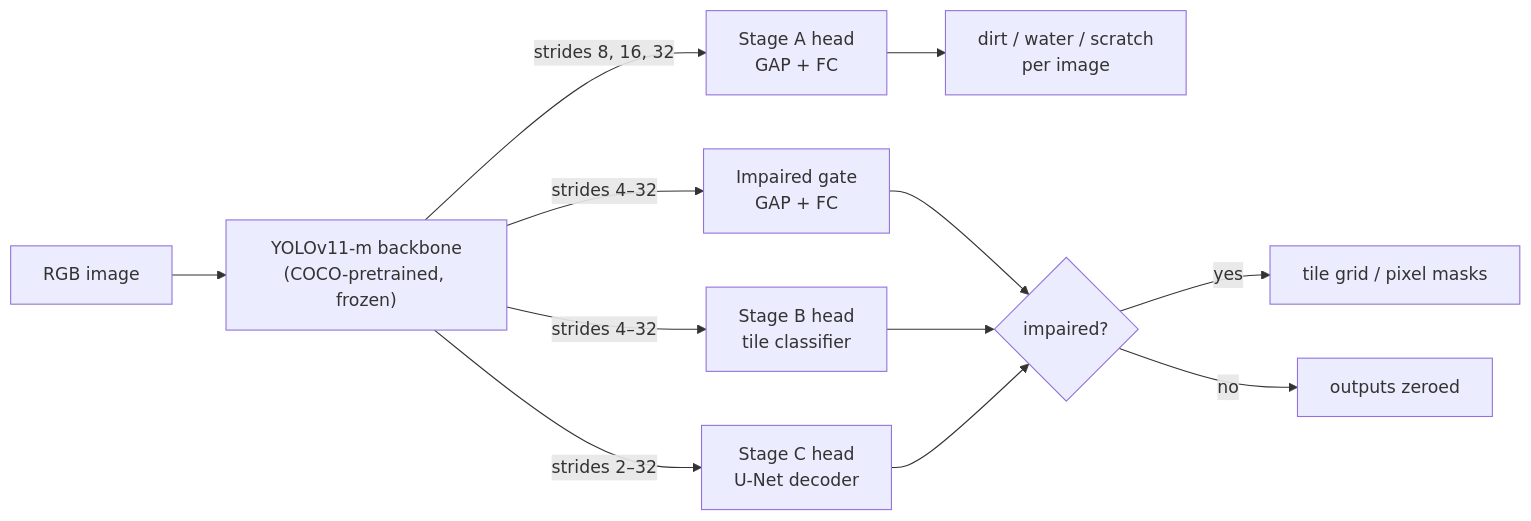
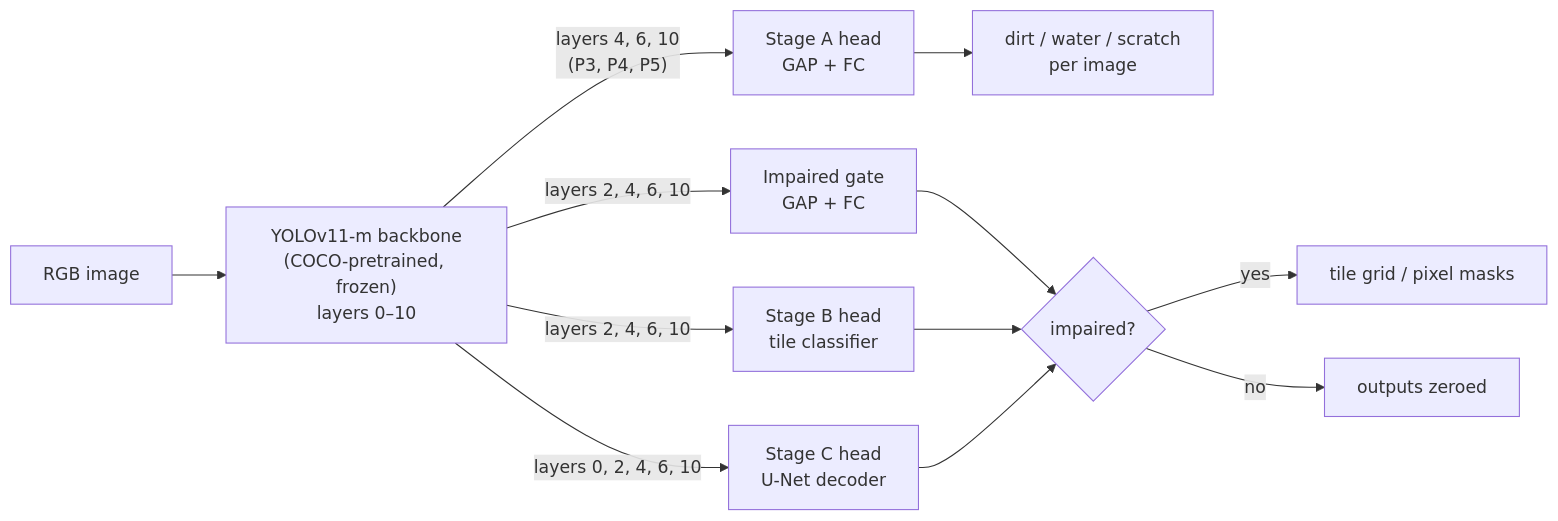
One commit to pelemele1/Farhad_Vaseghi_MA changed the diagram in README.md. Above: the diagram before and after it, drawn with Mermaid. The commit also changed other lines of this file, not shown here.

Commit message:
README: name the backbone layers each head reads in the block diagram

````diff
--- a/README.md
+++ b/README.md
@@ -73,14 +73,14 @@
 ```mermaid
 flowchart LR
-    I[RGB image] --> BB["YOLOv11-m backbone<br/>(COCO-pretrained, frozen)"]
-    BB -- "strides 8, 16, 32" --> A["Stage A head<br/>GAP + FC"]
-    BB -- "strides 4–32" --> G["Impaired gate<br/>GAP + FC"]
-    BB -- "strides 4–32" --> B["Stage B head<br/>tile classifier"]
-    BB -- "strides 2–32" --> C["Stage C head<br/>U-Net decoder"]
+    I[RGB image] --> BB["YOLOv11-m backbone<br/>(COCO-pretrained, frozen)<br/>layers 0–10"]
+    BB -- "layers 4, 6, 10<br/>(P3, P4, P5)" --> A["Stage A head<br/>GAP + FC"]
+    BB -- "layers 2, 4, 6, 10" --> G["Impaired gate<br/>GAP + FC"]
+    BB -- "layers 2, 4, 6, 10" --> B["Stage B head<br/>tile classifier"]
+    BB -- "layers 0, 2, 4, 6, 10" --> C["Stage C head<br/>U-Net decoder"]
     A --> AO[dirt / water / scratch<br/>per image]
     G --> GT{impaired?}
     B --> GT
     C --> GT
     GT -- yes --> BO[tile grid / pixel masks]
     GT -- no --> Z[outputs zeroed]
 ```
````
